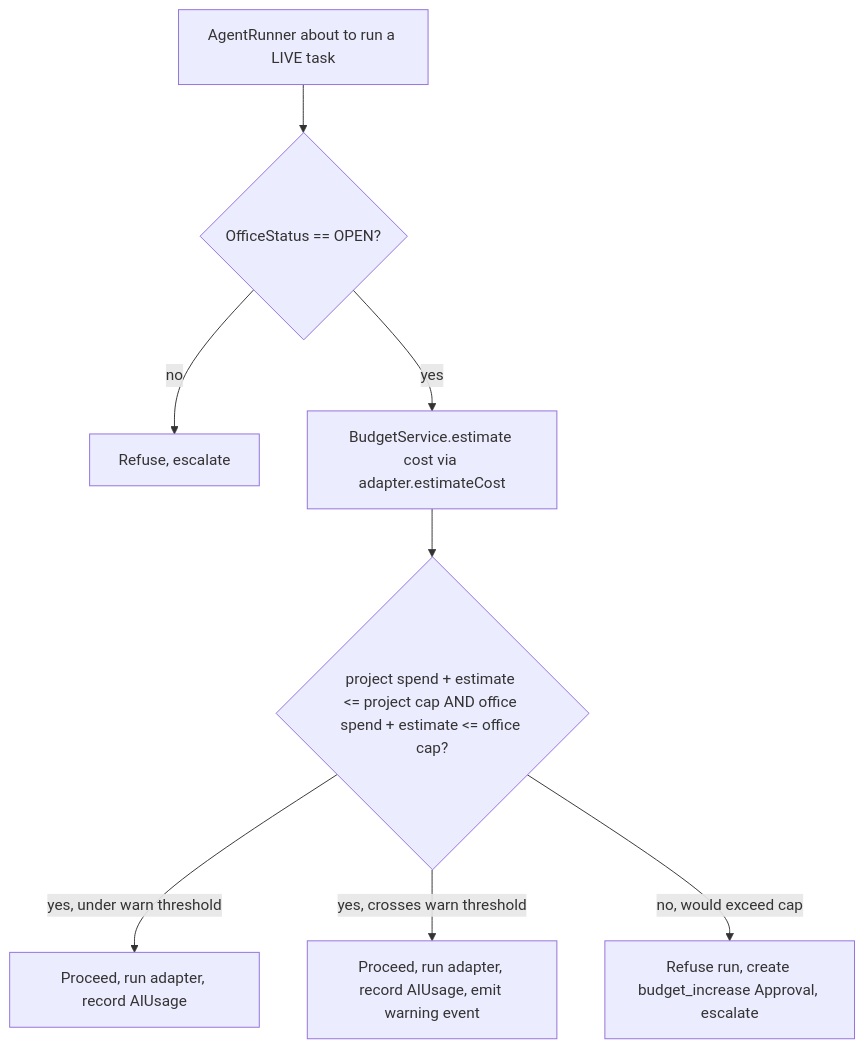
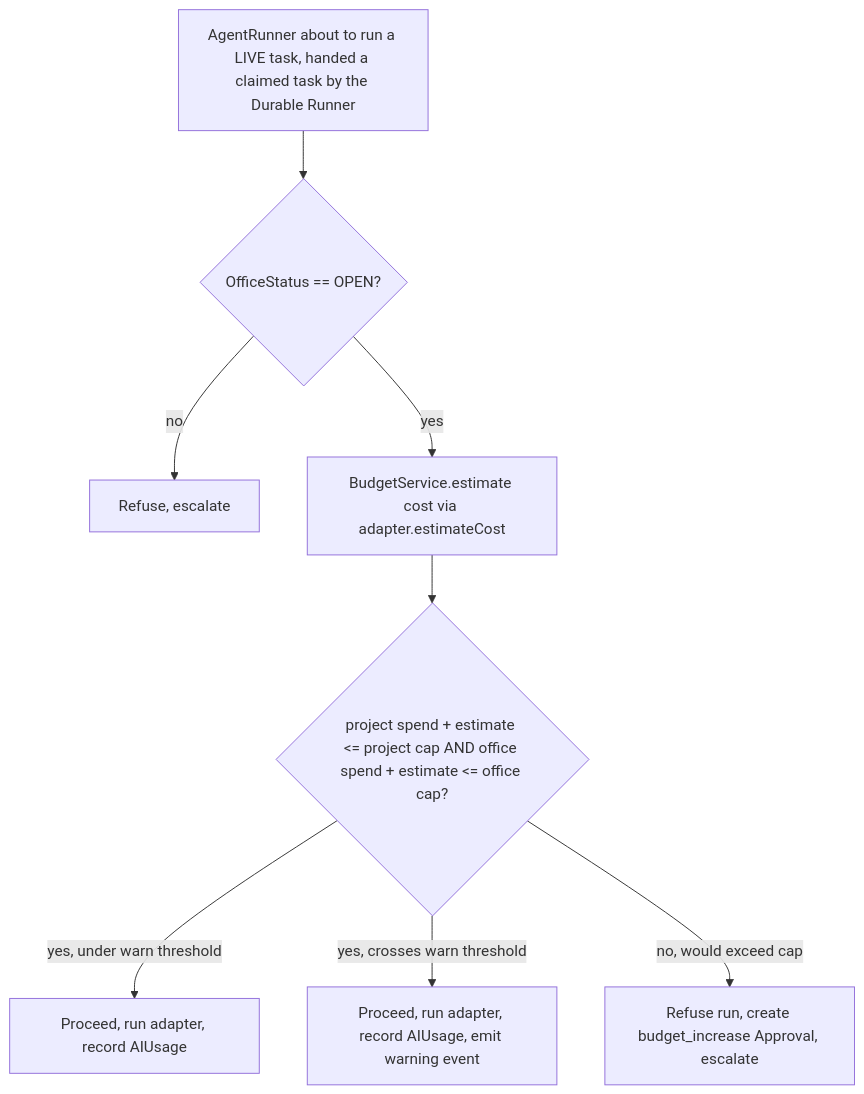
The diagram in docs/ai-office/09-budget-and-cost-controls.md (ravitejatravelsoul/Ravitejavemulapelli), drawn with Mermaid before and after one commit. The commit also changed other lines of this file and 15 other files, not shown here.

````diff
--- a/docs/ai-office/09-budget-and-cost-controls.md
+++ b/docs/ai-office/09-budget-and-cost-controls.md
@@ -22,10 +32,10 @@
 ```mermaid
 flowchart TD
-    A[AgentRunner about to run a LIVE task] --> B{OfficeStatus == OPEN?}
+    A[AgentRunner about to run a LIVE task, handed a claimed task by the Durable Runner] --> B{OfficeStatus == OPEN?}
     B -->|no| Z[Refuse, escalate]
     B -->|yes| C[BudgetService.estimate cost via adapter.estimateCost]
     C --> D{project spend + estimate <= project cap AND office spend + estimate <= office cap?}
     D -->|yes, under warn threshold| E[Proceed, run adapter, record AIUsage]
     D -->|yes, crosses warn threshold| F[Proceed, run adapter, record AIUsage, emit warning event]
     D -->|no, would exceed cap| G[Refuse run, create budget_increase Approval, escalate]
 ```
````
